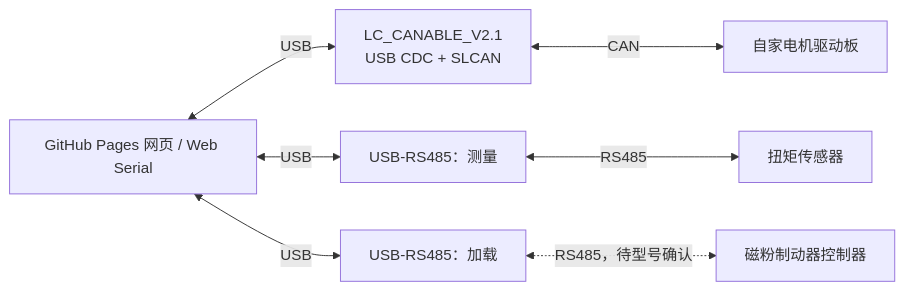
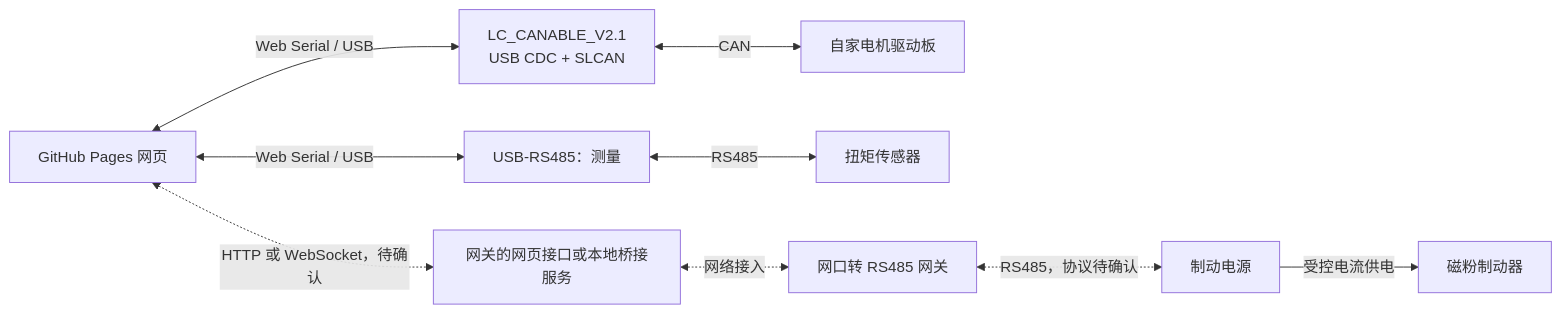
The second of 2 diagrams in docs/test-bench.md (Inntorque/motor-test-bench), drawn with Mermaid before and after one commit. The commit also changed other lines of this file and 2 other files, not shown here.

````diff
--- a/docs/test-bench.md
+++ b/docs/test-bench.md
@@ -43,9 +45,11 @@
 ```mermaid
 flowchart LR
-    W[GitHub Pages 网页 / Web Serial] <-->|USB| C["LC_CANABLE_V2.1<br/>USB CDC + SLCAN"]
+    W[GitHub Pages 网页] <-->|Web Serial / USB| C["LC_CANABLE_V2.1<br/>USB CDC + SLCAN"]
     C <-->|CAN| D[自家电机驱动板]
-    W <-->|USB| T[USB-RS485：测量]
+    W <-->|Web Serial / USB| T[USB-RS485：测量]
     T <-->|RS485| S[扭矩传感器]
-    W <-->|USB| B[USB-RS485：加载]
-    B <-.->|RS485，待型号确认| L[磁粉制动器控制器]
+    W <-.->|HTTP 或 WebSocket，待确认| B[网关的网页接口或本地桥接服务]
+    B <-.->|网络接入| E[网口转 RS485 网关]
+    E <-.->|RS485，协议待确认| P[制动电源]
+    P -->|受控电流供电| L[磁粉制动器]
 ```
````
